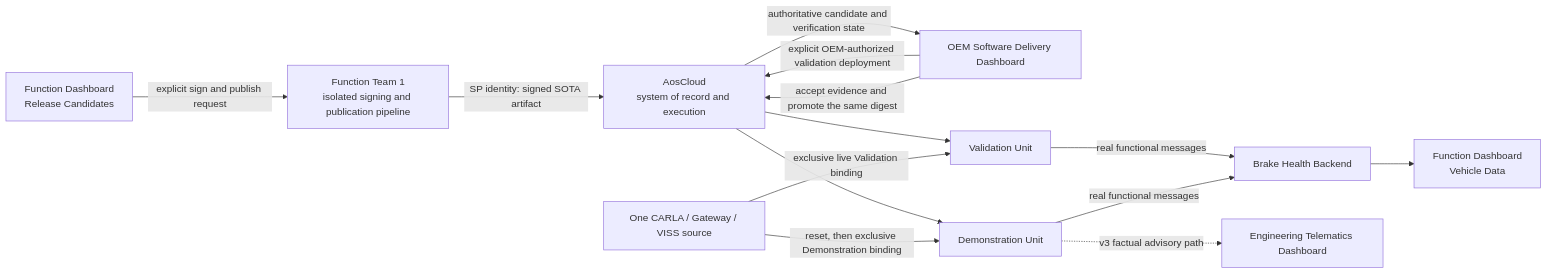
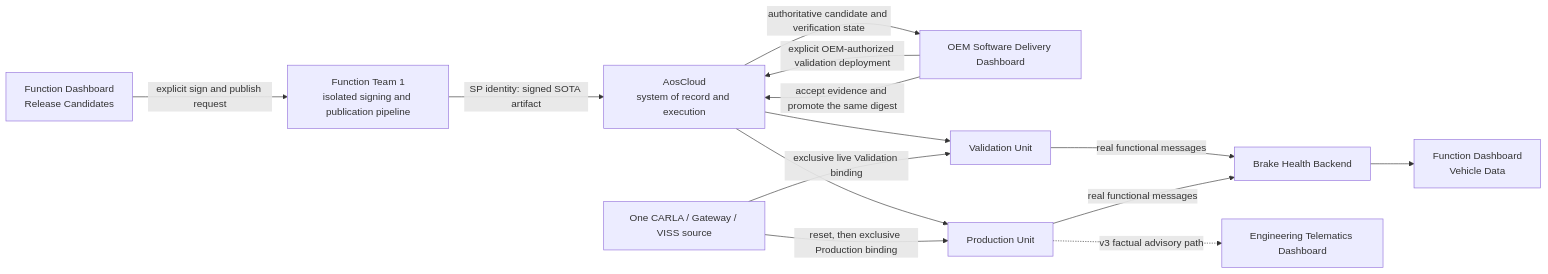
One commit to alexmaninblack/aosedge-sdv-demo changed the second of 2 diagrams in docs/requirements/components/brake-health-cloud.md. Above: the diagram before and after it, drawn with Mermaid. The commit also changed other lines of this file and 176 other files, not shown here.

````diff
--- a/docs/requirements/components/brake-health-cloud.md
+++ b/docs/requirements/components/brake-health-cloud.md
@@ -143,27 +148,27 @@
 ```mermaid
 flowchart LR
     RC["Function Dashboard<br/>Release Candidates"]
     PIPE["Function Team 1<br/>isolated signing and publication pipeline"]
     CLOUD["AosCloud<br/>system of record and execution"]
     OEM["OEM Software Delivery Dashboard"]
     VU["Validation Unit"]
-    DU["Demonstration Unit"]
+    PU["Production Unit"]
     CARLA["One CARLA / Gateway / VISS source"]
     BE["Brake Health Backend"]
     VD["Function Dashboard<br/>Vehicle Data"]
     ENG["Engineering Telematics Dashboard"]
 
     RC -->|"explicit sign and publish request"| PIPE
     PIPE -->|"SP identity: signed SOTA artifact"| CLOUD
     CLOUD -->|"authoritative candidate and verification state"| OEM
     OEM -->|"explicit OEM-authorized validation deployment"| CLOUD
     CLOUD --> VU
     CARLA -->|"exclusive live Validation binding"| VU
     VU -->|"real functional messages"| BE
     BE --> VD
     OEM -->|"accept evidence and promote the same digest"| CLOUD
-    CLOUD --> DU
-    CARLA -->|"reset, then exclusive Demonstration binding"| DU
-    DU -->|"real functional messages"| BE
-    DU -. "v3 factual advisory path" .-> ENG
+    CLOUD --> PU
+    CARLA -->|"reset, then exclusive Production binding"| PU
+    PU -->|"real functional messages"| BE
+    PU -. "v3 factual advisory path" .-> ENG
 ```
````
